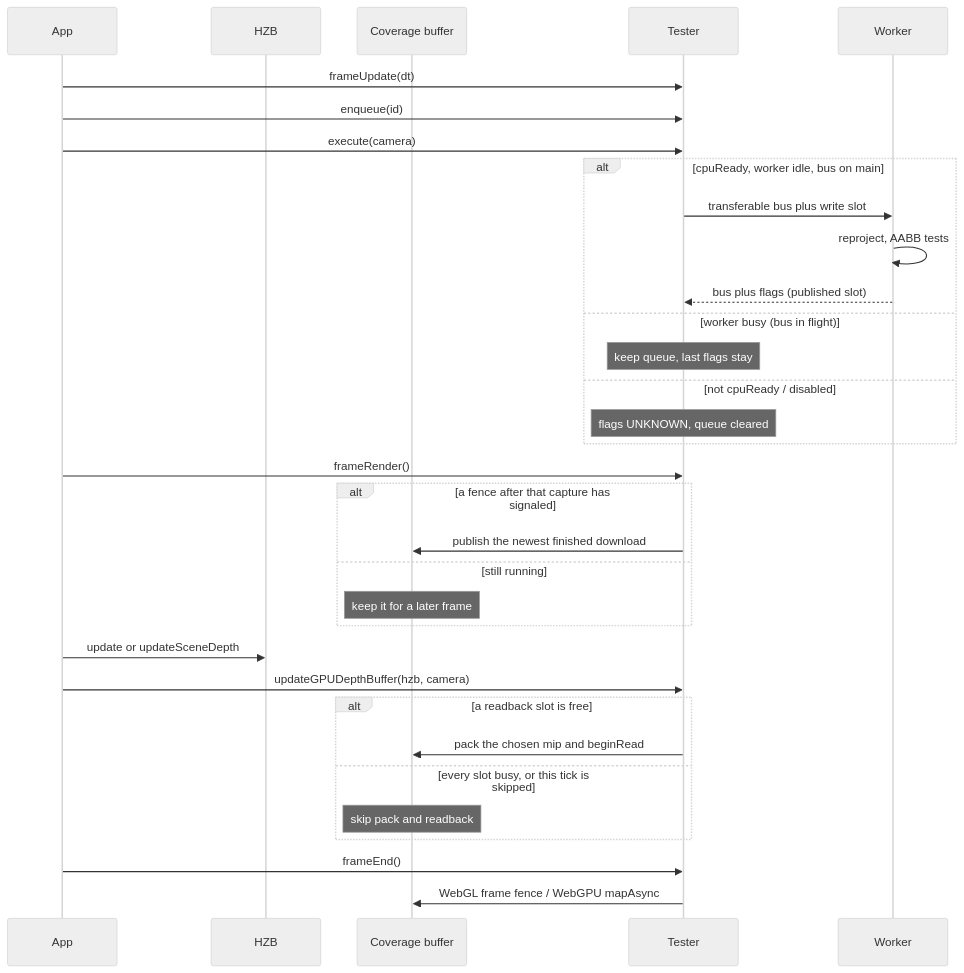
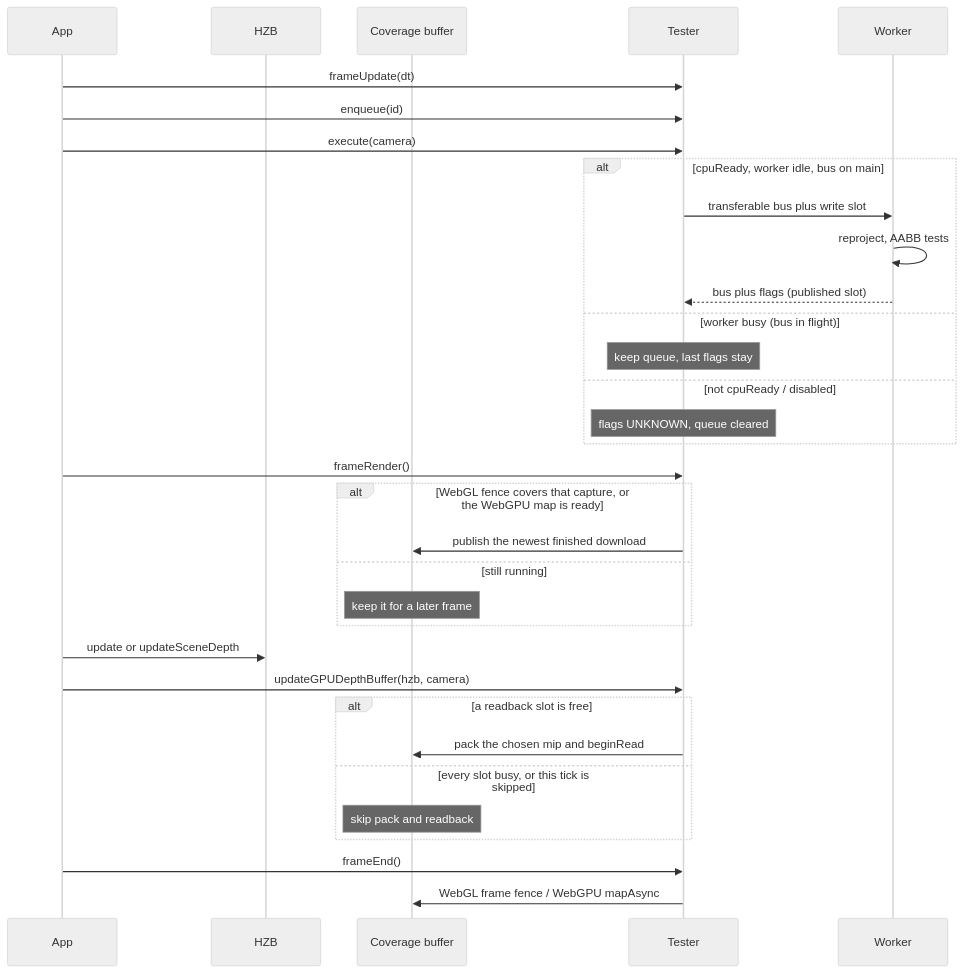
One commit to AlexAPPi/playcanvas-opti-pixel changed the diagram in docs/occlusion/coverage.md. Above: the diagram before and after it, drawn with Mermaid (neutral theme). The commit also changed other lines of this file and 7 other files, not shown here.

````diff
--- a/docs/occlusion/coverage.md
+++ b/docs/occlusion/coverage.md
@@ -94,36 +94,36 @@
 ```mermaid
 sequenceDiagram
     participant App
     participant HZB
     participant Buffer as Coverage buffer
     participant Tester
     participant Worker
 
     App->>Tester: frameUpdate(dt)
     App->>Tester: enqueue(id)
     App->>Tester: execute(camera)
     alt cpuReady, worker idle, bus on main
         Tester->>Worker: transferable bus plus write slot
         Worker->>Worker: reproject, AABB tests
         Worker-->>Tester: bus plus flags (published slot)
     else worker busy (bus in flight)
         Note over Tester: keep queue, last flags stay
     else not cpuReady / disabled
         Note over Tester: flags UNKNOWN, queue cleared
     end
     App->>Tester: frameRender()
-    alt a fence after that capture has signaled
+    alt WebGL fence covers that capture, or the WebGPU map is ready
         Tester->>Buffer: publish the newest finished download
     else still running
         Note over Buffer: keep it for a later frame
     end
     App->>HZB: update or updateSceneDepth
     App->>Tester: updateGPUDepthBuffer(hzb, camera)
     alt a readback slot is free
         Tester->>Buffer: pack the chosen mip and beginRead
     else every slot busy, or this tick is skipped
         Note over Buffer: skip pack and readback
     end
     App->>Tester: frameEnd()
     Tester->>Buffer: WebGL frame fence / WebGPU mapAsync
 ```
````
